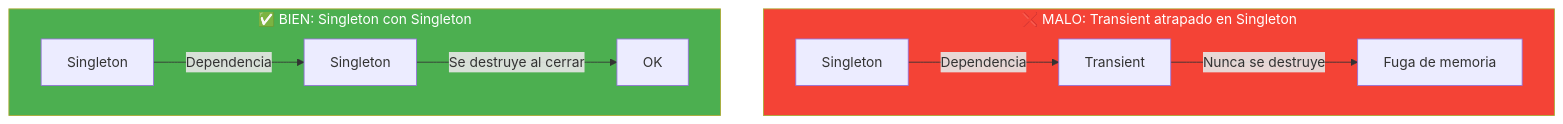
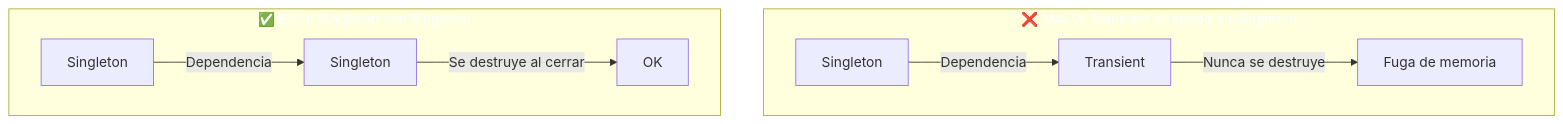
The fourth of 6 diagrams in 11-inyeccion-dependencias.md (joseluisgs/DesarrolloWebEntornosServidor-01-2026-2027), drawn with Mermaid before and after one commit. The commit also changed other lines of this file and 66 other files, not shown here.

First line of the commit message:
fix: normalizar titulos al castellano de frase y corregir la paleta de mermaid

````diff
--- a/11-inyeccion-dependencias.md
+++ b/11-inyeccion-dependencias.md
@@ -175,15 +175,15 @@
 ```mermaid
 graph TD
     subgraph MAL["❌ MALO: Transient atrapado en Singleton"]
         A["Singleton"] -->|"Dependencia"| B["Transient"]
         B -->|"Nunca se destruye"| C["Fuga de memoria"]
     end
 
     subgraph BIEN["✅ BIEN: Singleton con Singleton"]
         D["Singleton"] -->|"Dependencia"| E["Singleton"]
         E -->|"Se destruye al cerrar"| F["OK"]
     end
 
-    style MAL fill:#f44336,color:#fff
-    style BIEN fill:#4CAF50,color:#fff
+    style MAL fill:#f4433,color:#fff6,color:#fff
+    style BIEN fill:#4CAF5,color:#fff0,color:#fff
 ```
````
